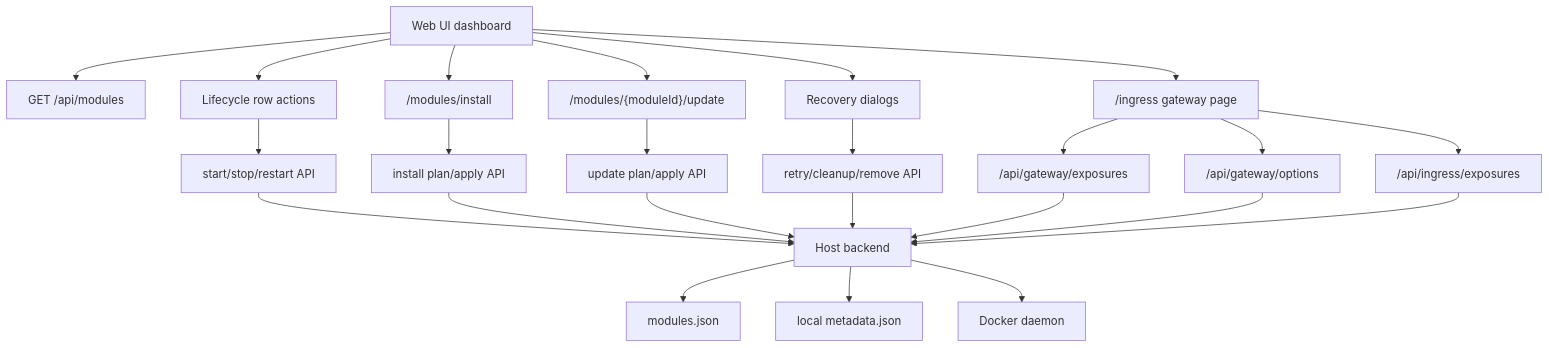
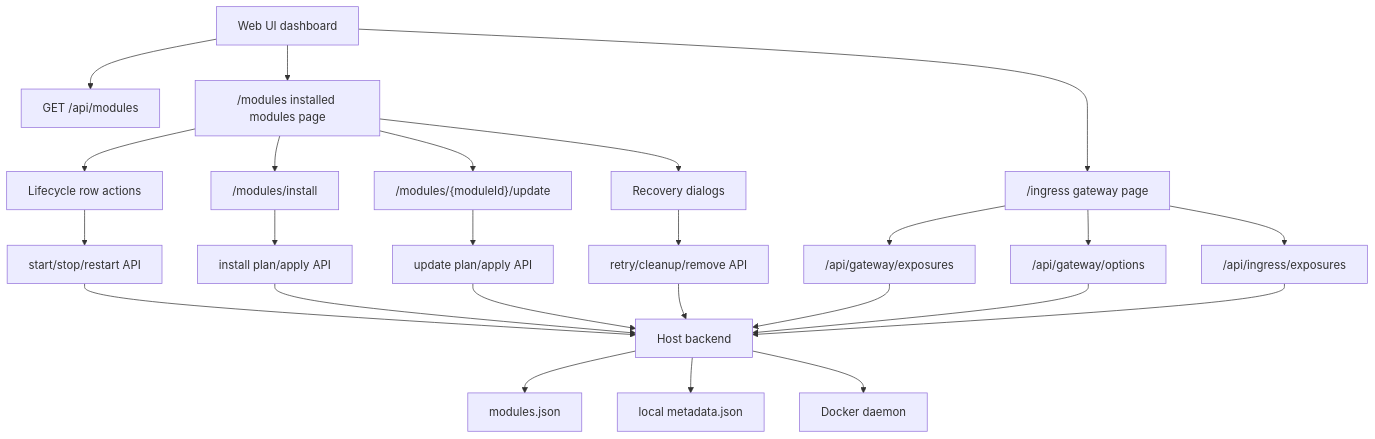
One commit to alex-de-haas/docker-host changed the diagram in docs/features/web-ui-dashboard.md. Above: the diagram before and after it, drawn with Mermaid. The commit also changed other lines of this file and 24 other files, not shown here.

````diff
--- a/docs/features/web-ui-dashboard.md
+++ b/docs/features/web-ui-dashboard.md
@@ -28,26 +30,27 @@
 ```mermaid
 flowchart TD
   A["Web UI dashboard"] --> B["GET /api/modules"]
-  A --> C["Lifecycle row actions"]
-  A --> D["/modules/install"]
-  A --> E["/modules/{moduleId}/update"]
-  A --> F["Recovery dialogs"]
+  A --> U["/modules installed modules page"]
+  U --> C["Lifecycle row actions"]
+  U --> D["/modules/install"]
+  U --> E["/modules/{moduleId}/update"]
+  U --> F["Recovery dialogs"]
   A --> Q["/ingress gateway page"]
   C --> G["start/stop/restart API"]
   D --> H["install plan/apply API"]
   E --> I["update plan/apply API"]
   F --> J["retry/cleanup/remove API"]
   Q --> R["/api/gateway/exposures"]
   Q --> S["/api/gateway/options"]
   Q --> T["/api/ingress/exposures"]
   G --> K["Host backend"]
   H --> K
   I --> K
   J --> K
   R --> K
   S --> K
   T --> K
   K --> L["modules.json"]
   K --> M["local metadata.json"]
   K --> N["Docker daemon"]
 ```
````
